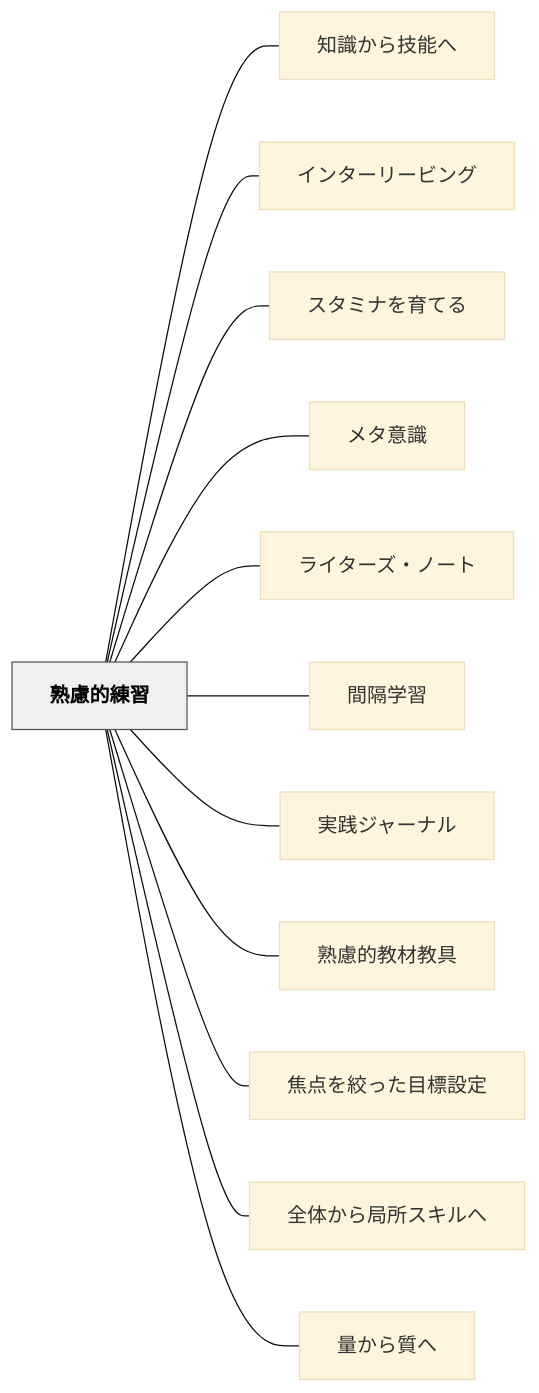
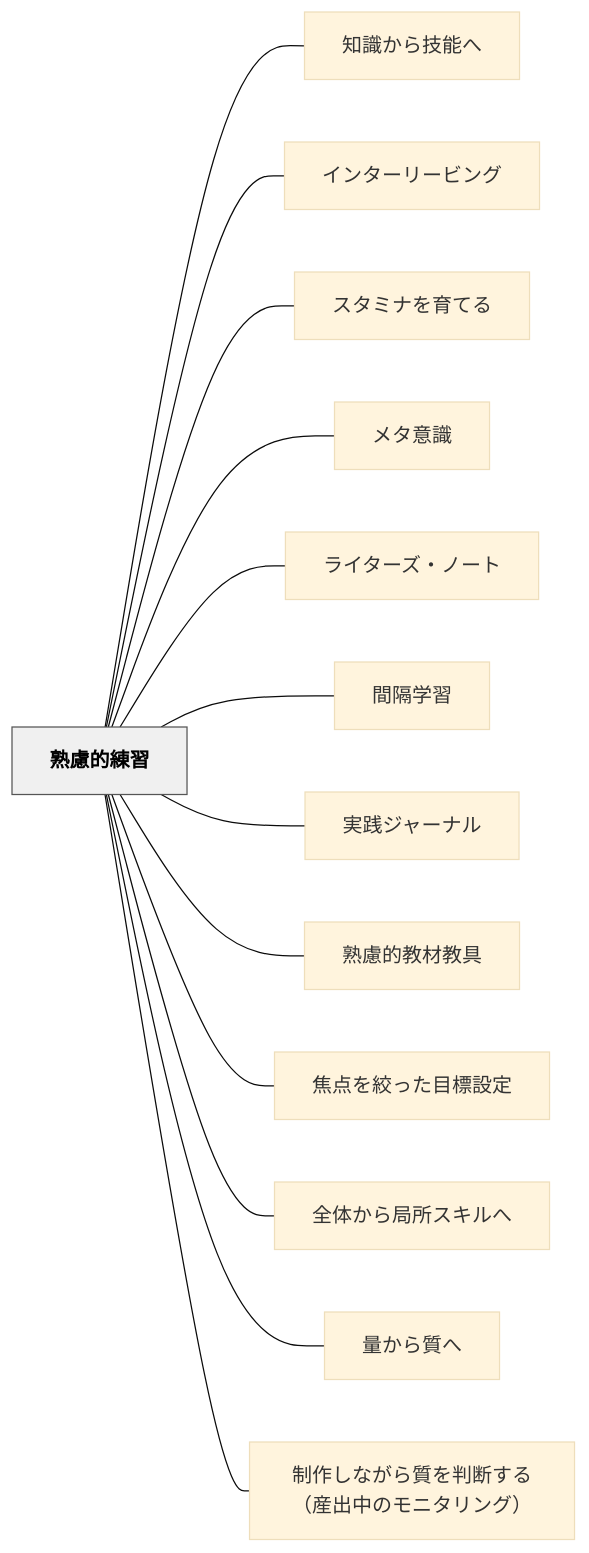
The diagram in content/パタン/熟慮的練習.md (unknownthings-ed-patterns/unknownthings-ed-patterns), drawn with Mermaid (base theme) before and after one commit. The commit also changed other lines of this file and 42 other files, not shown here.

````diff
--- a/content/パタン/熟慮的練習.md
+++ b/content/パタン/熟慮的練習.md
@@ -69,30 +70,32 @@
 ```mermaid
 flowchart LR
     ne7869fe685aee79a84e7b7b4e7bf92["熟慮的練習"]
     ne79fa5e8ad98e3818be38289e68a80e883bde381b8["知識から技能へ"]
     ne382a4e383b3e382bfe383bce383aae383bce38393e383b3e382b0["インターリービング"]
     ne382b9e382bfe3839fe3838ae38292e882b2e381a6e3828b["スタミナを育てる"]
     ne383a1e382bfe6848fe8ad98["メタ意識"]
     ne383a9e382a4e382bfe383bce382bae383bbe3838ee383bce38388["ライターズ・ノート"]
     ne99693e99a94e5ada6e7bf92["間隔学習"]
     ne5ae9fe8b7b5e382b8e383a3e383bce3838ae383ab["実践ジャーナル"]
     ne7869fe685aee79a84e69599e69d90e69599e585b7["熟慮的教材教具"]
     ne784a6e782b9e38292e7b59ee381a3e3819fe79baee6a899e8a8ade5ae9a["焦点を絞った目標設定"]
     ne585a8e4bd93e3818be38289e5b180e68980e382b9e382ade383abe381b8["全体から局所スキルへ"]
     ne9878fe3818be38289e8b3aae381b8["量から質へ"]
+    ne588b6e4bd9ce38197e381aae3818ce38289e8b3aae38292e588a4e696ade38199e3828befbc88e794a3e587bae4b8ade381aee383a2e3838be382bfe383aae383b3e382b0efbc89["制作しながら質を判断する（産出中のモニタリング）"]
 
     ne7869fe685aee79a84e7b7b4e7bf92 --- ne79fa5e8ad98e3818be38289e68a80e883bde381b8
     ne7869fe685aee79a84e7b7b4e7bf92 --- ne382a4e383b3e382bfe383bce383aae383bce38393e383b3e382b0
     ne7869fe685aee79a84e7b7b4e7bf92 --- ne382b9e382bfe3839fe3838ae38292e882b2e381a6e3828b
     ne7869fe685aee79a84e7b7b4e7bf92 --- ne383a1e382bfe6848fe8ad98
     ne7869fe685aee79a84e7b7b4e7bf92 --- ne383a9e382a4e382bfe383bce382bae383bbe3838ee383bce38388
     ne7869fe685aee79a84e7b7b4e7bf92 --- ne99693e99a94e5ada6e7bf92
     ne7869fe685aee79a84e7b7b4e7bf92 --- ne5ae9fe8b7b5e382b8e383a3e383bce3838ae383ab
     ne7869fe685aee79a84e7b7b4e7bf92 --- ne7869fe685aee79a84e69599e69d90e69599e585b7
     ne7869fe685aee79a84e7b7b4e7bf92 --- ne784a6e782b9e38292e7b59ee381a3e3819fe79baee6a899e8a8ade5ae9a
     ne7869fe685aee79a84e7b7b4e7bf92 --- ne585a8e4bd93e3818be38289e5b180e68980e382b9e382ade383abe381b8
     ne7869fe685aee79a84e7b7b4e7bf92 --- ne9878fe3818be38289e8b3aae381b8
+    ne7869fe685aee79a84e7b7b4e7bf92 --- ne588b6e4bd9ce38197e381aae3818ce38289e8b3aae38292e588a4e696ade38199e3828befbc88e794a3e587bae4b8ade381aee383a2e3838be382bfe383aae383b3e382b0efbc89
 
     classDef hub fill:#f0f0f0,stroke:#555,color:#000,font-weight:bold
     class ne7869fe685aee79a84e7b7b4e7bf92 hub
 ```
````
